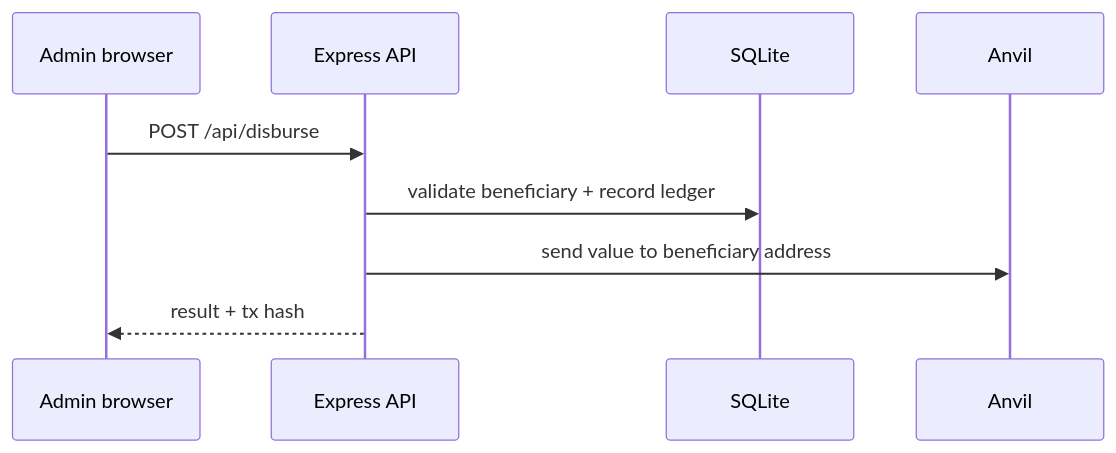
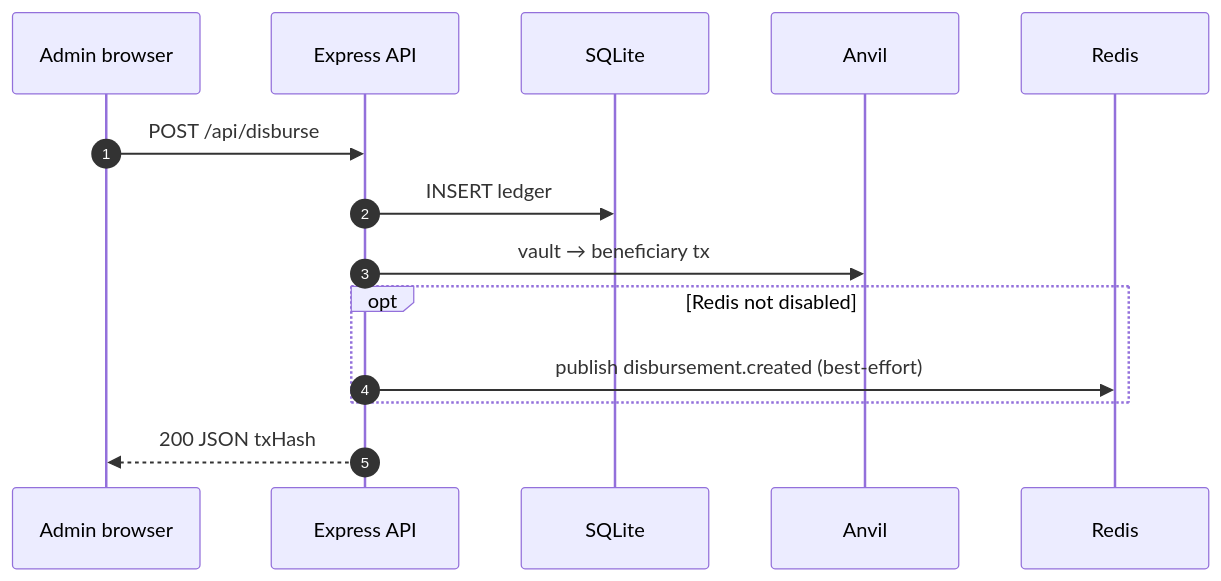
One commit to RbbSukhRkhe1/NewRepo changed the fifth of 6 diagrams in docs/ARCHITECTURE.md. Above: the diagram before and after it, drawn with Mermaid. The commit also changed other lines of this file and 21 other files, not shown here.

Commit message:
Add Redis events, architecture ADRs, OpenAPI stubs, and doc updates

````diff
--- a/docs/ARCHITECTURE.md
+++ b/docs/ARCHITECTURE.md
@@ -51,12 +163,17 @@
 ```mermaid
 sequenceDiagram
+  autonumber
   participant Ad as Admin browser
   participant A as Express API
   participant D as SQLite
   participant C as Anvil
+  participant R as Redis
 
   Ad->>A: POST /api/disburse
-  A->>D: validate beneficiary + record ledger
-  A->>C: send value to beneficiary address
-  A-->>Ad: result + tx hash
+  A->>D: INSERT ledger
+  A->>C: vault → beneficiary tx
+  opt Redis not disabled
+    A->>R: publish disbursement.created (best-effort)
+  end
+  A-->>Ad: 200 JSON txHash
 ```
````
